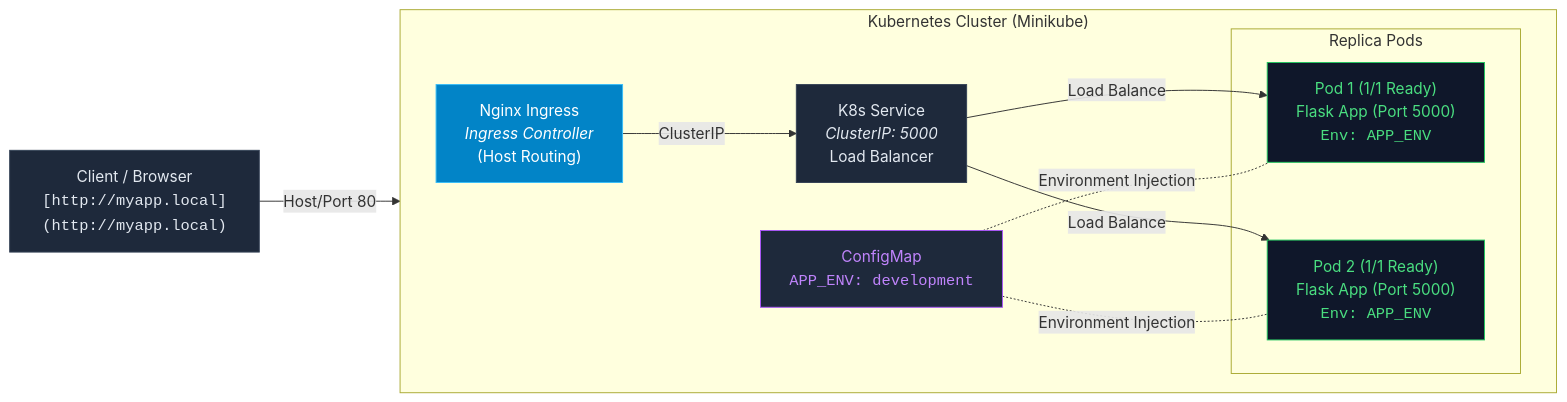
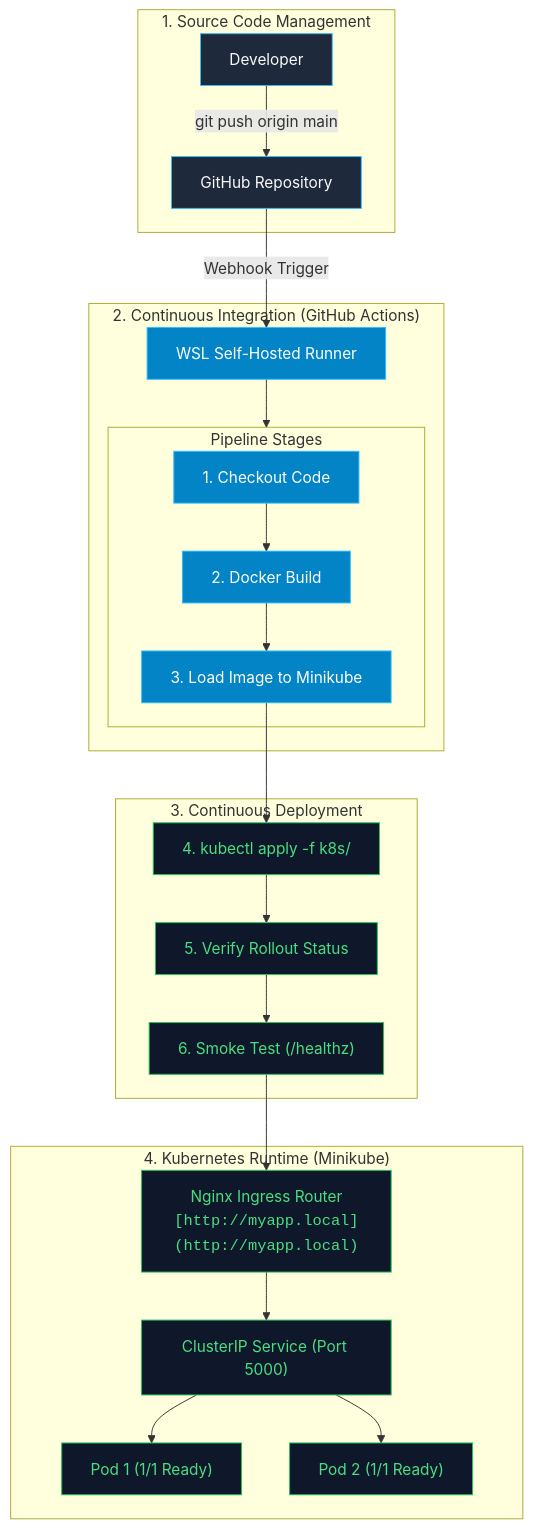
Before and after one commit to rinisanyal17/k8s-microservice-pipeline: the diagram in README.md, drawn with Mermaid. The commit also changed other lines of this file, not shown here.

````diff
--- a/README.md
+++ b/README.md
@@ -30,33 +31,38 @@
 ```mermaid
-flowchart LR
-    Client["Client / Browser<br/><code>[http://myapp.local](http://myapp.local)</code>"] 
-    
-    subgraph Cluster["Kubernetes Cluster (Minikube)"]
-        direction LR
-        Ingress["Nginx Ingress<br/><i>Ingress Controller</i><br/>(Host Routing)"]
-        Service["K8s Service<br/><i>ClusterIP: 5000</i><br/>Load Balancer"]
-        
-        subgraph Pods["Replica Pods"]
-            Pod1["Pod 1 (1/1 Ready)<br/>Flask App (Port 5000)<br/><code>Env: APP_ENV</code>"]
-            Pod2["Pod 2 (1/1 Ready)<br/>Flask App (Port 5000)<br/><code>Env: APP_ENV</code>"]
-        end
-        
-        ConfigMap["ConfigMap<br/><code>APP_ENV: development</code>"]
+flowchart TD
+    subgraph Developer_Workspace["1. Source Code Management"]
+        Dev["Developer"] -->|git push origin main| GitHub["GitHub Repository"]
     end
 
-    Client -->|Host/Port 80| Ingress
-    Ingress -->|ClusterIP| Service
-    Service -->|Load Balance| Pod1
-    Service -->|Load Balance| Pod2
-    ConfigMap -.-|Environment Injection| Pod1
-    ConfigMap -.-|Environment Injection| Pod2
+    subgraph CI_Pipeline["2. Continuous Integration (GitHub Actions)"]
+        GitHub -->|Webhook Trigger| Runner["WSL Self-Hosted Runner"]
+        
+        subgraph Workflow_Steps["Pipeline Stages"]
+            Checkout["1. Checkout Code"] --> BuildDocker["2. Docker Build"]
+            BuildDocker --> LoadMinikube["3. Load Image to Minikube"]
+        end
 
-    classDef default fill:#1e293b,stroke:#334155,color:#e2e8f0;
-    classDef ingress fill:#0284c7,stroke:#38bdf8,color:#fff;
-    classDef pod fill:#0f172a,stroke:#22c55e,color:#4ade80;
-    classDef config fill:#1e293b,stroke:#a855f7,color:#c084fc;
+        Runner --> Workflow_Steps
+    end
+
+    subgraph CD_Deployment["3. Continuous Deployment"]
+        LoadMinikube --> ApplyManifests["4. kubectl apply -f k8s/"]
+        ApplyManifests --> RolloutCheck["5. Verify Rollout Status"]
+        RolloutCheck --> HealthCheck["6. Smoke Test (/healthz)"]
+    end
+
+    subgraph K8s_Cluster["4. Kubernetes Runtime (Minikube)"]
+        HealthCheck --> Ingress["Nginx Ingress Router<br/><code>[http://myapp.local](http://myapp.local)</code>"]
+        Ingress --> Service["ClusterIP Service (Port 5000)"]
+        Service --> Pod1["Pod 1 (1/1 Ready)"]
+        Service --> Pod2["Pod 2 (1/1 Ready)"]
+    end
+
+    classDef dev fill:#1e293b,stroke:#38bdf8,color:#f8fafc;
+    classDef ci fill:#0284c7,stroke:#38bdf8,color:#fff;
+    classDef cd fill:#0f172a,stroke:#22c55e,color:#4ade80;
     
-    class Ingress ingress;
-    class Pod1,Pod2 pod;
-    class ConfigMap config;
+    class Dev,GitHub dev;
+    class Runner,Checkout,BuildDocker,LoadMinikube ci;
+    class ApplyManifests,RolloutCheck,HealthCheck,Ingress,Service,Pod1,Pod2 cd;
 ```
````
